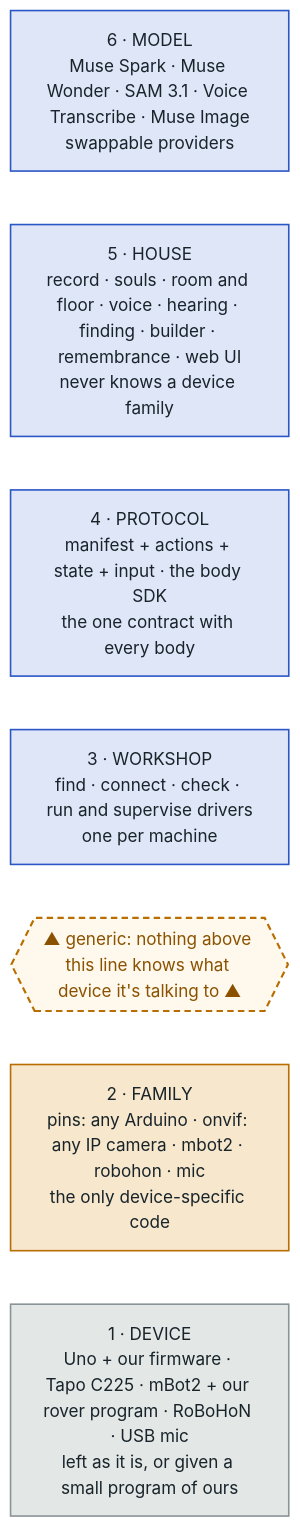
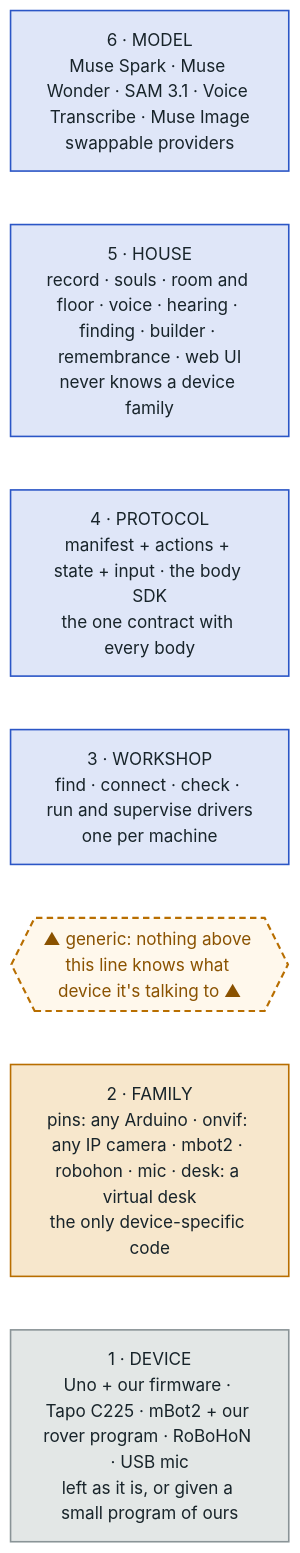
Before and after one commit to surferkook/ponki: the first of 3 diagrams in README.md, drawn with Mermaid. The commit also changed other lines of this file and 24 other files, not shown here.

First line of the commit message:
Ponki in a box: Docker, a virtual desk with Pip, and a first run that shows the way

````diff
--- a/README.md
+++ b/README.md
@@ -84,19 +84,19 @@
 ```mermaid
 flowchart TB
   L6["6 · MODEL<br/>Muse Spark · Muse Wonder · SAM 3.1 · Voice Transcribe · Muse Image<br/>swappable providers"]
   L5["5 · HOUSE<br/>record · souls · room and floor · voice · hearing · finding · builder · remembrance · web UI<br/>never knows a device family"]
   L4["4 · PROTOCOL<br/>manifest + actions + state + input · the body SDK<br/>the one contract with every body"]
   L3["3 · WORKSHOP<br/>find · connect · check · run and supervise drivers<br/>one per machine"]
   RULE{{"▲ generic: nothing above this line knows what device it's talking to ▲"}}
-  L2["2 · FAMILY<br/>pins: any Arduino · onvif: any IP camera · mbot2 · robohon · mic<br/>the only device-specific code"]
+  L2["2 · FAMILY<br/>pins: any Arduino · onvif: any IP camera · mbot2 · robohon · mic · desk: a virtual desk<br/>the only device-specific code"]
   L1["1 · DEVICE<br/>Uno + our firmware · Tapo C225 · mBot2 + our rover program · RoBoHoN · USB mic<br/>left as it is, or given a small program of ours"]
   L6 ~~~ L5 ~~~ L4 ~~~ L3 ~~~ RULE ~~~ L2 ~~~ L1
   classDef house fill:#dfe6f8,stroke:#2b56c6,stroke-width:1.5px,color:#18242a
   classDef family fill:#f7e7cc,stroke:#b86e00,stroke-width:1.5px,color:#18242a
   classDef device fill:#e3e7e6,stroke:#8a9497,stroke-width:1.5px,color:#18242a
   classDef rule fill:#fff8ec,stroke:#b86e00,stroke-width:2px,stroke-dasharray:6 4,color:#8a5200
   class L6,L5,L4,L3 house
   class L2 family
   class L1 device
   class RULE rule
 ```
````
